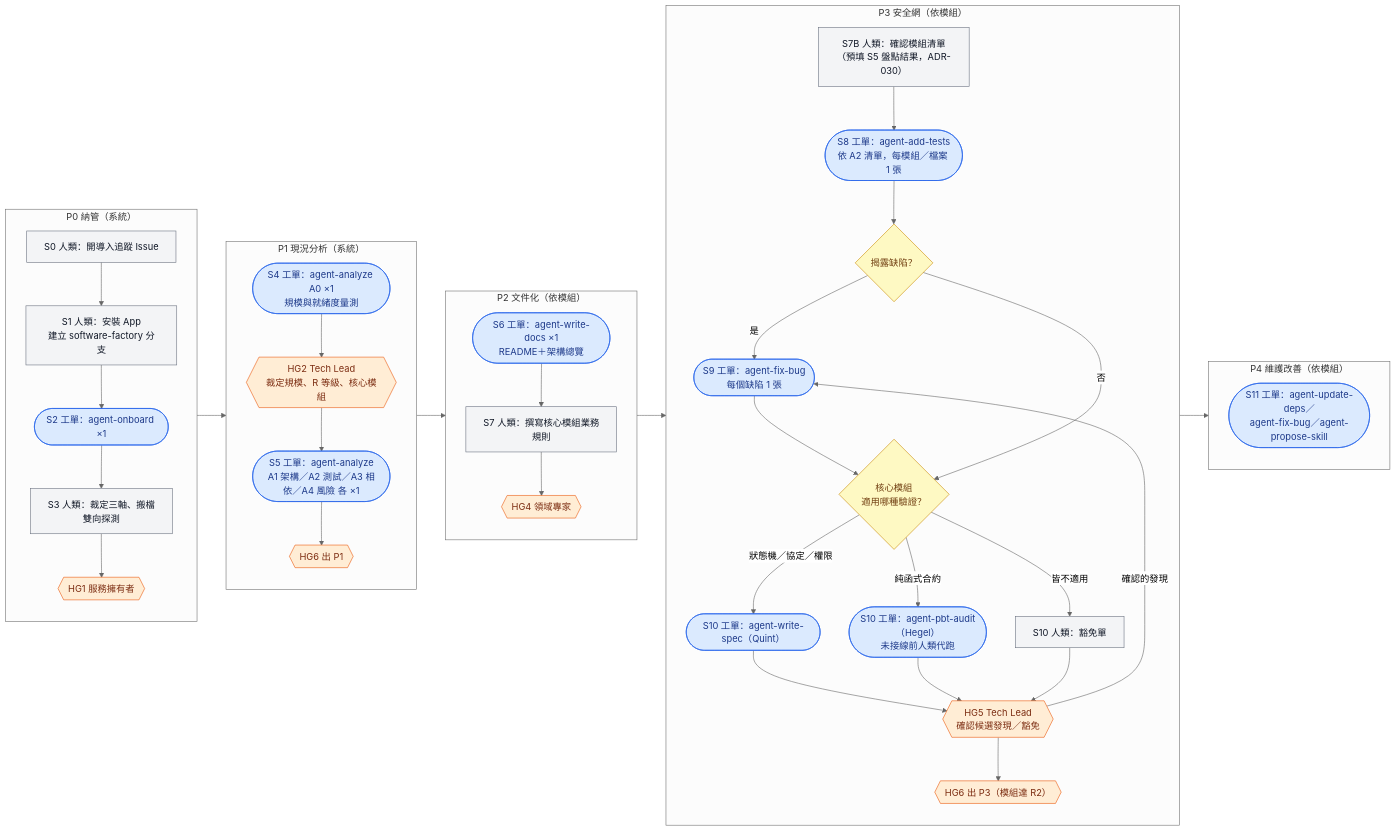
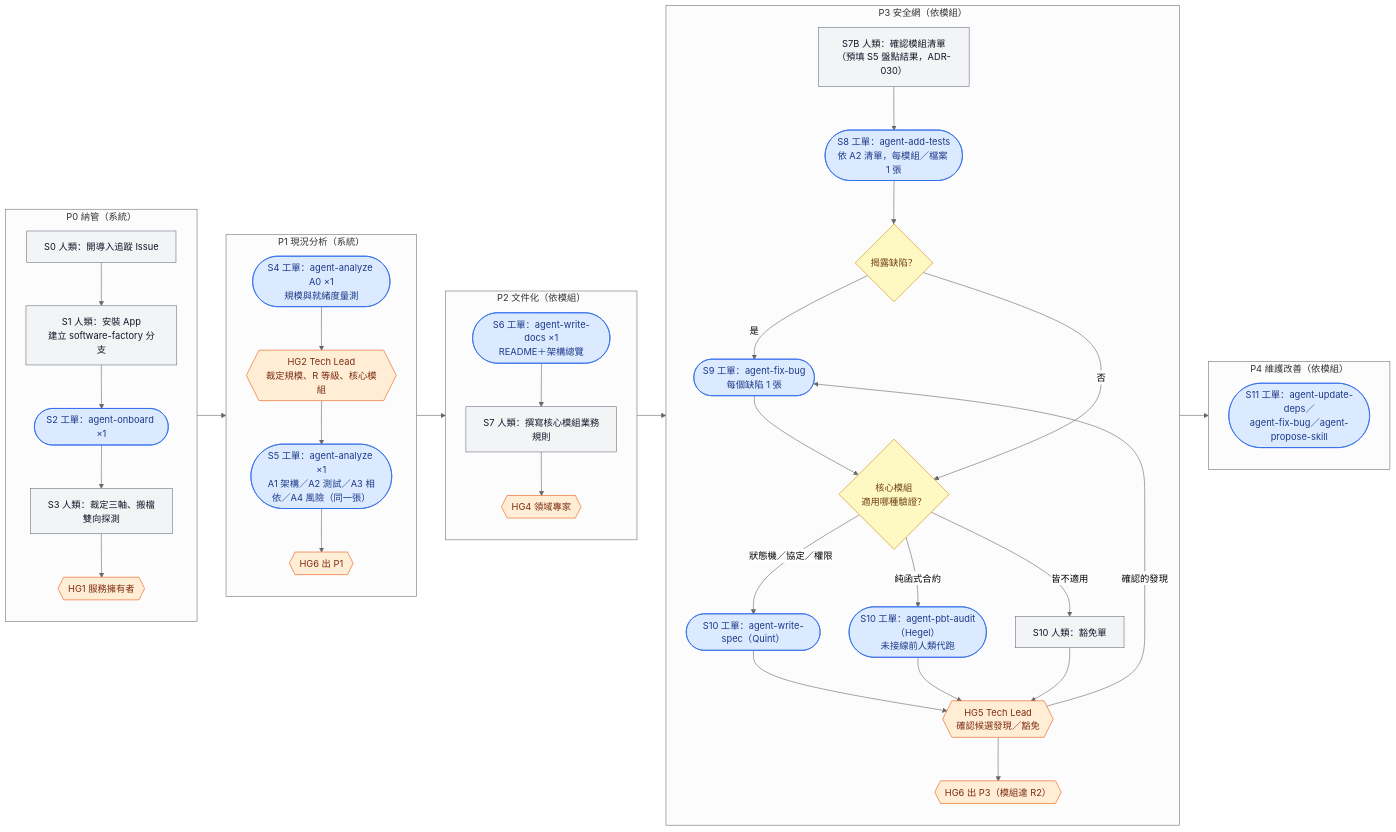
One commit to aswf-dev/software_factory changed the first of 3 diagrams in docs/29-brownfield-adoption-playbook.md. Above: the diagram before and after it, drawn with Mermaid (neutral theme). The commit also changed other lines of this file, not shown here.

````diff
--- a/docs/29-brownfield-adoption-playbook.md
+++ b/docs/29-brownfield-adoption-playbook.md
@@ -345,67 +345,67 @@
 ```mermaid
 flowchart LR
     classDef wi fill:#dbeafe,stroke:#2563eb,color:#1e3a8a
     classDef human fill:#f3f4f6,stroke:#6b7280,color:#111827
     classDef hg fill:#ffedd5,stroke:#ea580c,color:#7c2d12
     classDef dec fill:#fef9c3,stroke:#ca8a04,color:#713f12
 
     subgraph P0["P0 納管（系統）"]
         direction TB
         S0["S0 人類：開導入追蹤 Issue"]:::human
         S1["S1 人類：安裝 App<br/>建立 software-factory 分支"]:::human
         S2(["S2 工單：agent-onboard ×1"]):::wi
         S3["S3 人類：裁定三軸、搬檔<br/>雙向探測"]:::human
         HG1{{"HG1 服務擁有者"}}:::hg
         S0 --> S1 --> S2 --> S3 --> HG1
     end
 
     subgraph P1["P1 現況分析（系統）"]
         direction TB
         S4(["S4 工單：agent-analyze A0 ×1<br/>規模與就緒度量測"]):::wi
         HG2{{"HG2 Tech Lead<br/>裁定規模、R 等級、核心模組"}}:::hg
-        S5(["S5 工單：agent-analyze<br/>A1 架構／A2 測試／A3 相依／A4 風險 各 ×1"]):::wi
+        S5(["S5 工單：agent-analyze ×1<br/>A1 架構／A2 測試／A3 相依／A4 風險（同一張）"]):::wi
         HG6a{{"HG6 出 P1"}}:::hg
         S4 --> HG2 --> S5 --> HG6a
     end
 
     subgraph P2["P2 文件化（依模組）"]
         direction TB
         S6(["S6 工單：agent-write-docs ×1<br/>README＋架構總覽"]):::wi
         S7["S7 人類：撰寫核心模組業務規則"]:::human
         HG4{{"HG4 領域專家"}}:::hg
         S6 --> S7 --> HG4
     end
 
     subgraph P3["P3 安全網（依模組）"]
         direction TB
         S7B["S7B 人類：確認模組清單<br/>（預填 S5 盤點結果，ADR-030）"]:::human
         S8(["S8 工單：agent-add-tests<br/>依 A2 清單，每模組／檔案 1 張"]):::wi
         D1{"揭露缺陷？"}:::dec
         S9(["S9 工單：agent-fix-bug<br/>每個缺陷 1 張"]):::wi
         D2{"核心模組<br/>適用哪種驗證？"}:::dec
         S10Q(["S10 工單：agent-write-spec（Quint）"]):::wi
         S10H(["S10 工單：agent-pbt-audit（Hegel）<br/>未接線前人類代跑"]):::wi
         S10W["S10 人類：豁免單"]:::human
         HG5{{"HG5 Tech Lead<br/>確認候選發現／豁免"}}:::hg
         HG6c{{"HG6 出 P3（模組達 R2）"}}:::hg
         S7B --> S8
         S8 --> D1
         D1 -- 是 --> S9 --> D2
         D1 -- 否 --> D2
         D2 -- 狀態機／協定／權限 --> S10Q --> HG5
         D2 -- 純函式合約 --> S10H --> HG5
         D2 -- 皆不適用 --> S10W --> HG5
         HG5 -- 確認的發現 --> S9
         HG5 --> HG6c
     end
 
     subgraph P4["P4 維護改善（依模組）"]
         direction TB
         S11(["S11 工單：agent-update-deps／<br/>agent-fix-bug／agent-propose-skill"]):::wi
     end
 
     P0 --> P1
     P1 --> P2
     P2 --> P3
     P3 --> P4
 ```
````
